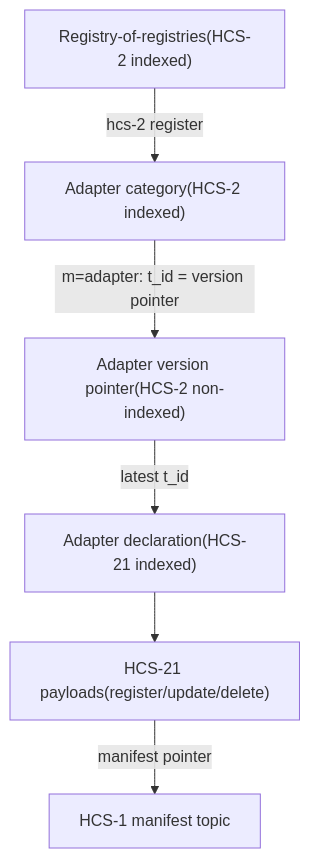
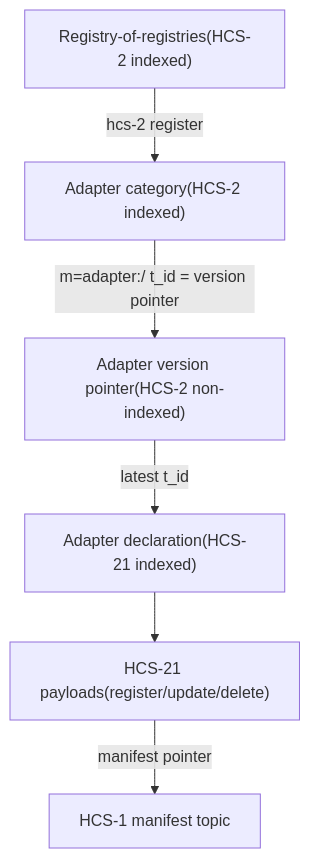
The second of 6 diagrams in docs/standards/hcs-21.md (hashgraph-online/hcs-improvement-proposals), drawn with Mermaid before and after one commit. The commit also changed other lines of this file, not shown here.

````diff
--- a/docs/standards/hcs-21.md
+++ b/docs/standards/hcs-21.md
@@ -164,15 +164,15 @@
 ```mermaid
 graph TD
   ROR["Registry-of-registries(HCS-2 indexed)"]
   CAT["Adapter category(HCS-2 indexed)"]
   PTR["Adapter version pointer(HCS-2 non-indexed)"]
   ADPT["Adapter declaration(HCS-21 indexed)"]
   DECL["HCS-21 payloads(register/update/delete)"]
   MANIFEST["HCS-1 manifest topic"]
 
   ROR -->|hcs-2 register| CAT
-  CAT -->|m=adapter:<id> t_id = version pointer| PTR
+  CAT -->|m=adapter:<namespace>/<name> t_id = version pointer| PTR
   PTR -->|latest t_id| ADPT
   ADPT --> DECL
   DECL -->|manifest pointer| MANIFEST
 ```
````
